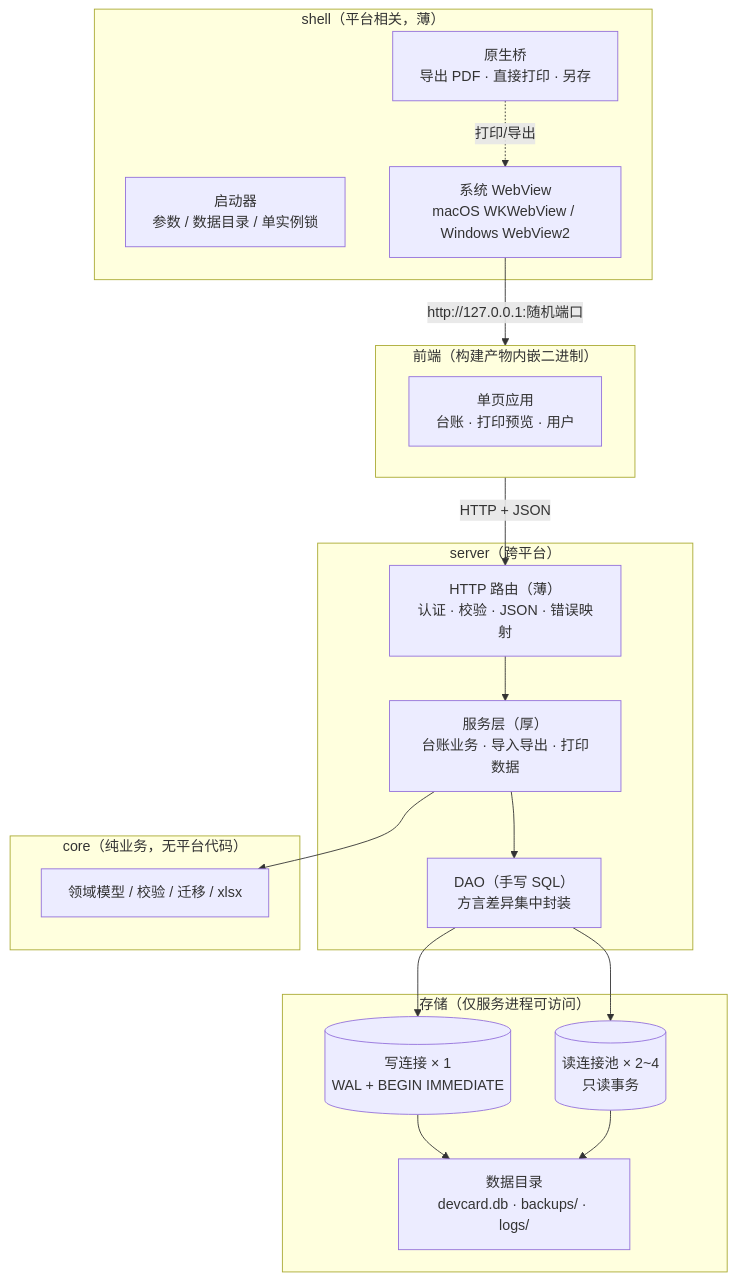
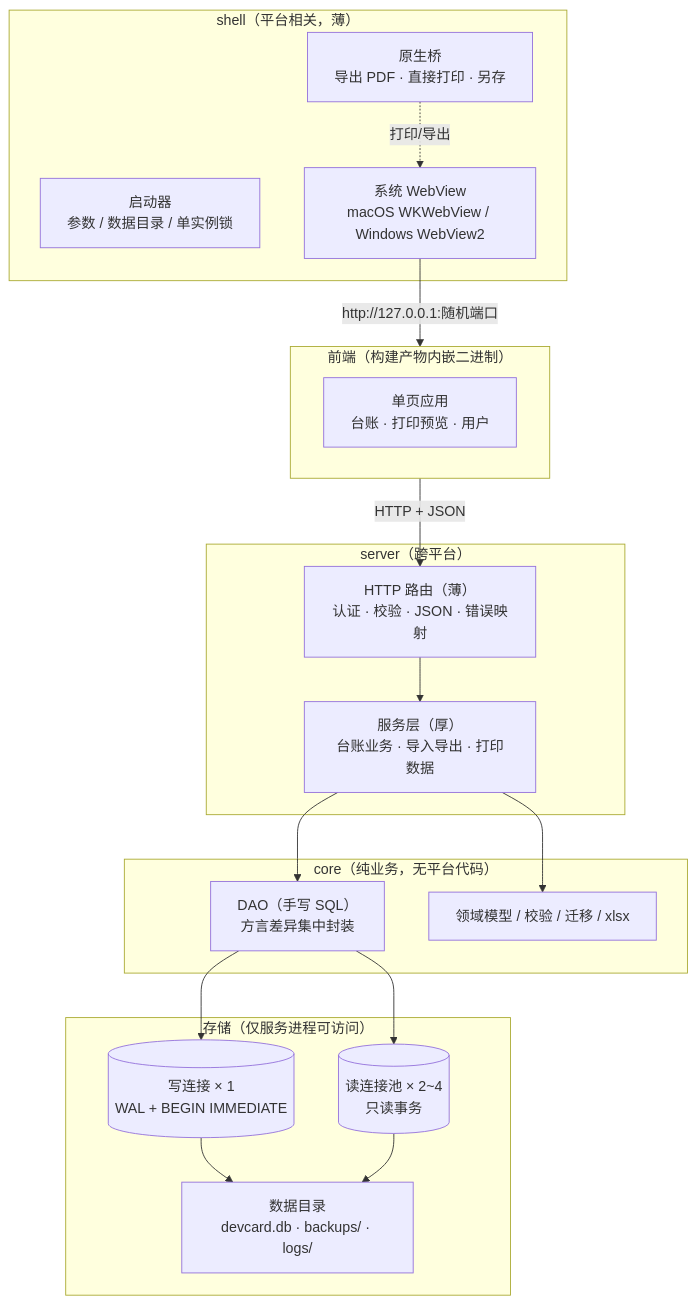
Before and after one commit to LinYuwei82/dev_card_cpp: the diagram in docs/改造技术方案.md, drawn with Mermaid. The commit also changed other lines of this file and 2 other files, not shown here.

````diff
--- a/docs/改造技术方案.md
+++ b/docs/改造技术方案.md
@@ -92,38 +92,38 @@
 ```mermaid
 flowchart TB
     subgraph SHELL["shell（平台相关，薄）"]
         LAUNCH["启动器<br/>参数 / 数据目录 / 单实例锁"]
         WV["系统 WebView<br/>macOS WKWebView / Windows WebView2"]
         BRIDGE["原生桥<br/>导出 PDF · 直接打印 · 另存"]
     end
 
     subgraph FE["前端（构建产物内嵌二进制）"]
         SPA["单页应用<br/>台账 · 打印预览 · 用户"]
     end
 
     subgraph SRV["server（跨平台）"]
         HTTP["HTTP 路由（薄）<br/>认证 · 校验 · JSON · 错误映射"]
         SVC["服务层（厚）<br/>台账业务 · 导入导出 · 打印数据"]
-        DAO["DAO（手写 SQL）<br/>方言差异集中封装"]
     end
 
     subgraph CORE["core（纯业务，无平台代码）"]
+        DAO["DAO（手写 SQL）<br/>方言差异集中封装"]
         DOM["领域模型 / 校验 / 迁移 / xlsx"]
     end
 
     subgraph DB["存储（仅服务进程可访问）"]
         W[("写连接 × 1<br/>WAL + BEGIN IMMEDIATE")]
         R[("读连接池 × 2~4<br/>只读事务")]
         DIR["数据目录<br/>devcard.db · backups/ · logs/"]
     end
 
     WV -->|"http://127.0.0.1:随机端口"| FE
     FE -->|"HTTP + JSON"| HTTP
     HTTP --> SVC --> DOM
     SVC --> DAO
     DAO --> W
     DAO --> R
     W --> DIR
     R --> DIR
     BRIDGE -.->|"打印/导出"| WV
 ```
````
